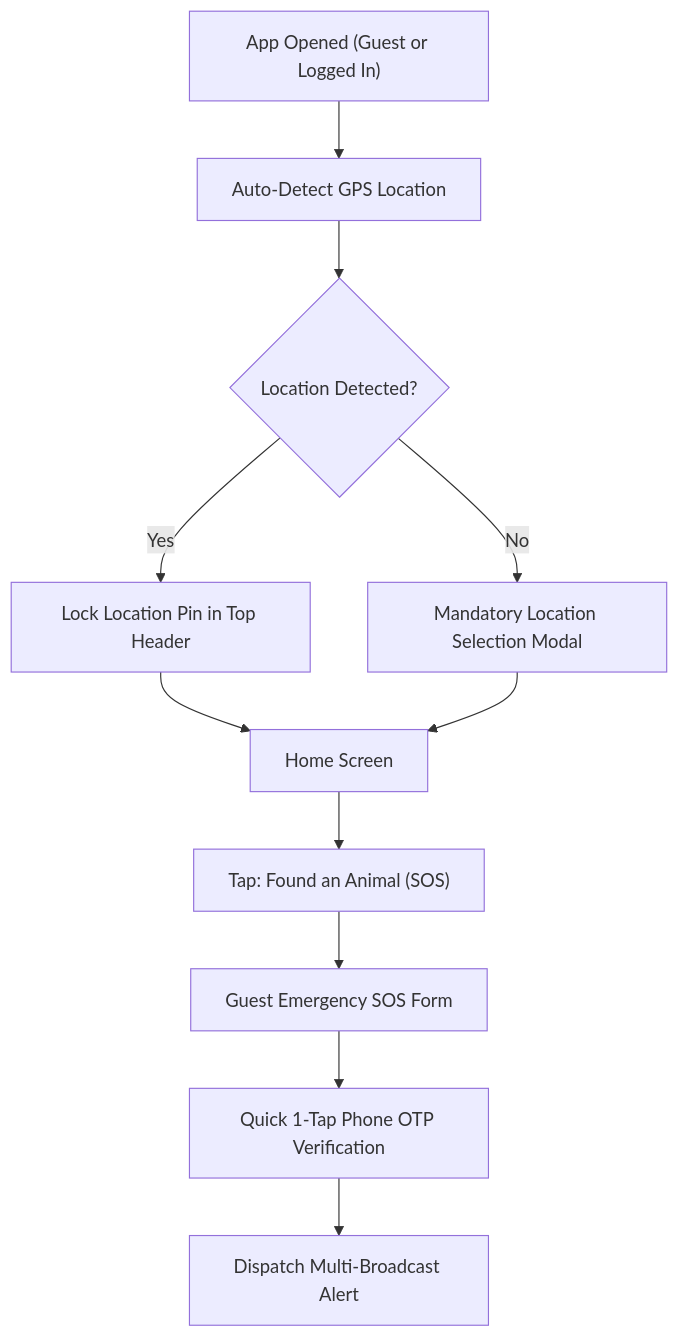
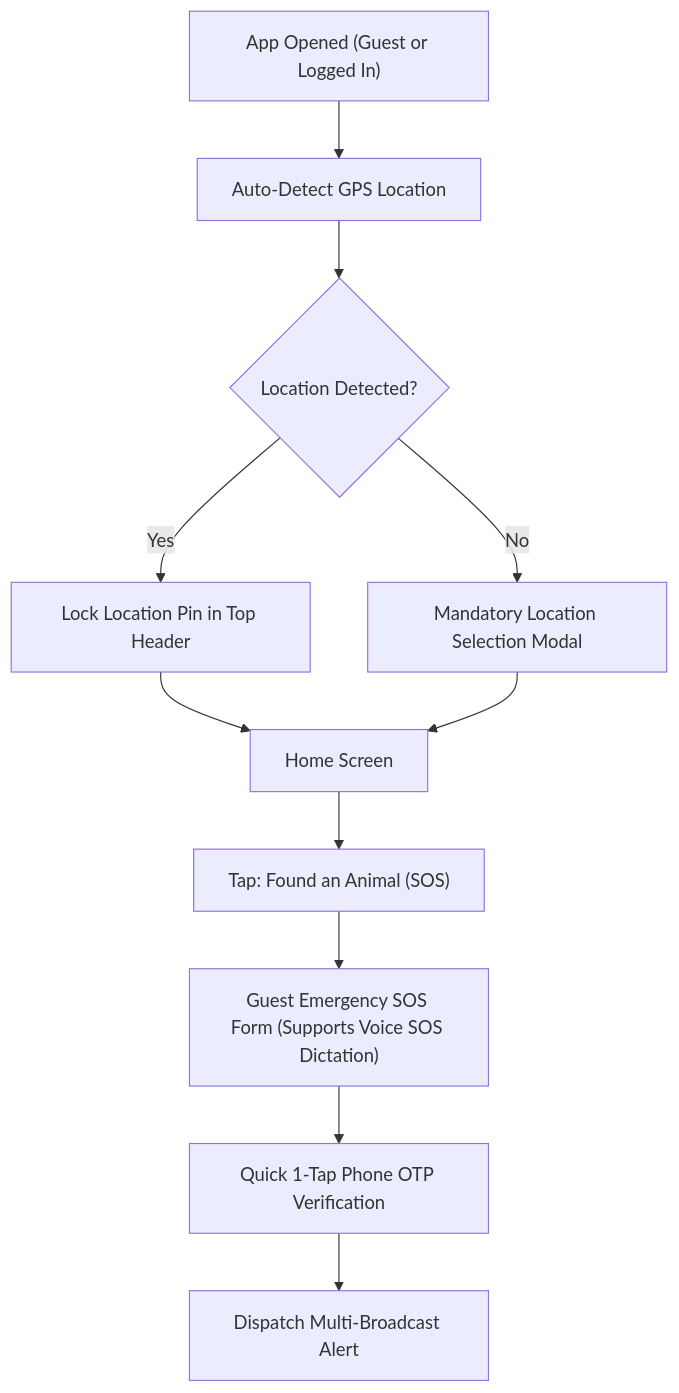
One commit to NIFT-Information-Architecture-2026/Anshika_BD-24-913 changed the diagram in WIREFRAMES.md. Above: the diagram before and after it, drawn with Mermaid. The commit also changed other lines of this file, not shown here.

Commit message:
docs(ui): add Voice Command SOS dictation and Speech-to-Text transcription engine to Page 2 and Page 4

````diff
--- a/WIREFRAMES.md
+++ b/WIREFRAMES.md
@@ -9,16 +9,16 @@
 ```mermaid
 flowchart TD
     AppLaunch["App Opened (Guest or Logged In)"] --> GPS["Auto-Detect GPS Location"]
     GPS --> LocationConfirm{"Location Detected?"}
     
     LocationConfirm -- Yes --> LockPin["Lock Location Pin in Top Header"]
     LocationConfirm -- No --> ManualPin["Mandatory Location Selection Modal"]
     
     LockPin --> Home["Home Screen"]
     ManualPin --> Home
     
     Home --> SOSClick["Tap: Found an Animal (SOS)"]
-    SOSClick --> FastReport["Guest Emergency SOS Form"]
+    SOSClick --> FastReport["Guest Emergency SOS Form (Supports Voice SOS Dictation)"]
     FastReport --> PhoneOTP["Quick 1-Tap Phone OTP Verification"]
     PhoneOTP --> Dispatch["Dispatch Multi-Broadcast Alert"]
 ```
````
